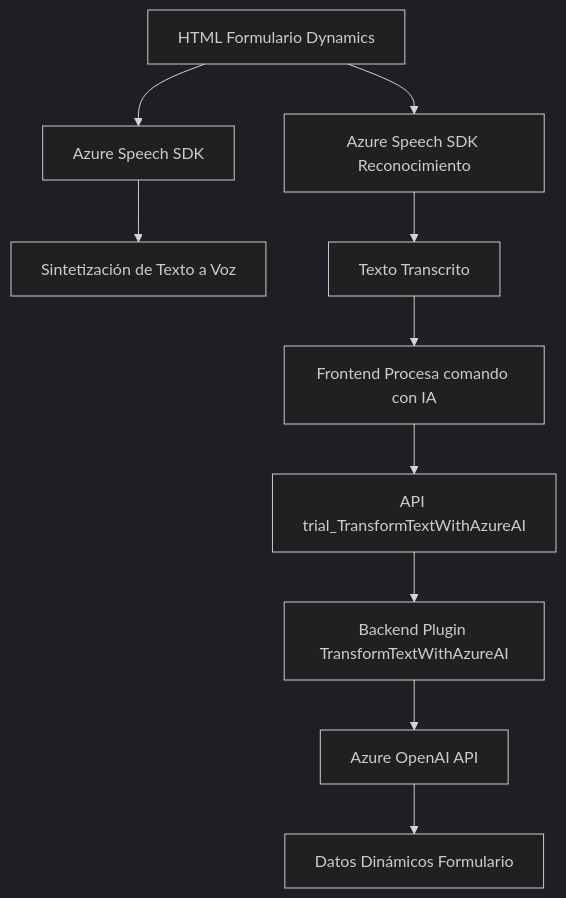
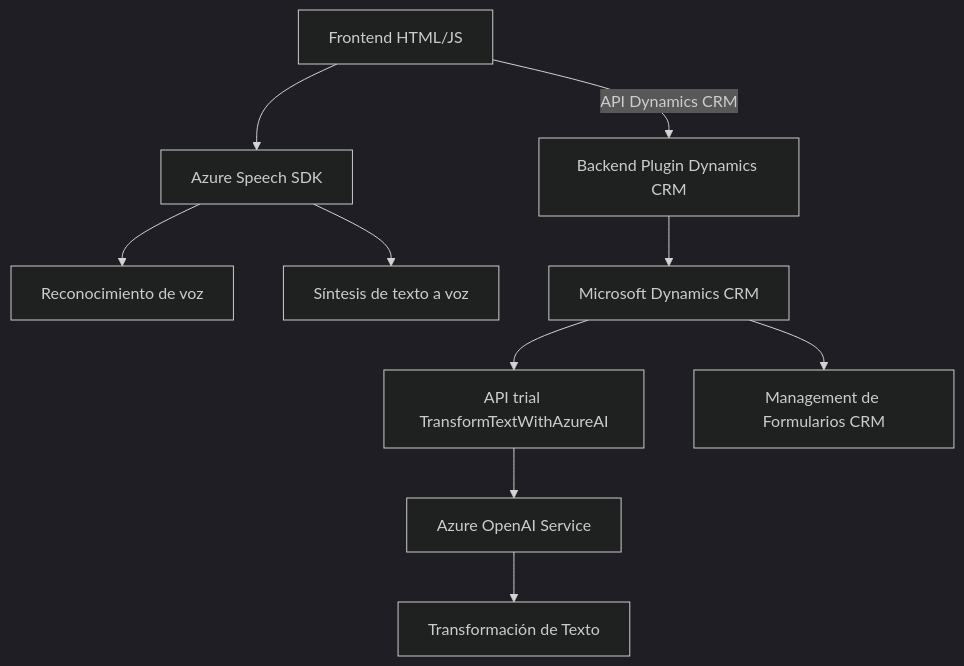
The diagram in README.md (blopezdm/NETCORE_BILBAO2025), drawn with Mermaid (dark theme) before and after one commit. The commit also changed other lines of this file, not shown here.

Commit message:
Actualizar análisis global de la solución con IA

````diff
--- a/README.md
+++ b/README.md
@@ -42,12 +53,12 @@
 ```mermaid
 graph TD
-    A["HTML Formulario Dynamics"] --> B["Azure Speech SDK"]
-    B --> C["Sintetización de Texto a Voz"]
-    A --> D["Azure Speech SDK Reconocimiento"]
-    D --> E["Texto Transcrito"]
-    E --> F["Frontend Procesa comando con IA"]
-    F --> G["API trial_TransformTextWithAzureAI"]
-    G --> H["Backend Plugin TransformTextWithAzureAI"]
-    H --> I["Azure OpenAI API"]
-    I --> J["Datos Dinámicos Formulario"]
+    A["Frontend HTML/JS"] --> B["Azure Speech SDK"]
+    A --"API Dynamics CRM"--> C
+    B --> D["Reconocimiento de voz"]
+    B --> E["Síntesis de texto a voz"]
+    C["Backend Plugin Dynamics CRM"] --> F["Microsoft Dynamics CRM"]
+    F --> G["API trial TransformTextWithAzureAI"]
+    G --> H["Azure OpenAI Service"]
+    H --> I["Transformación de Texto"]
+    F --> J["Management de Formularios CRM"]
 ```
````
